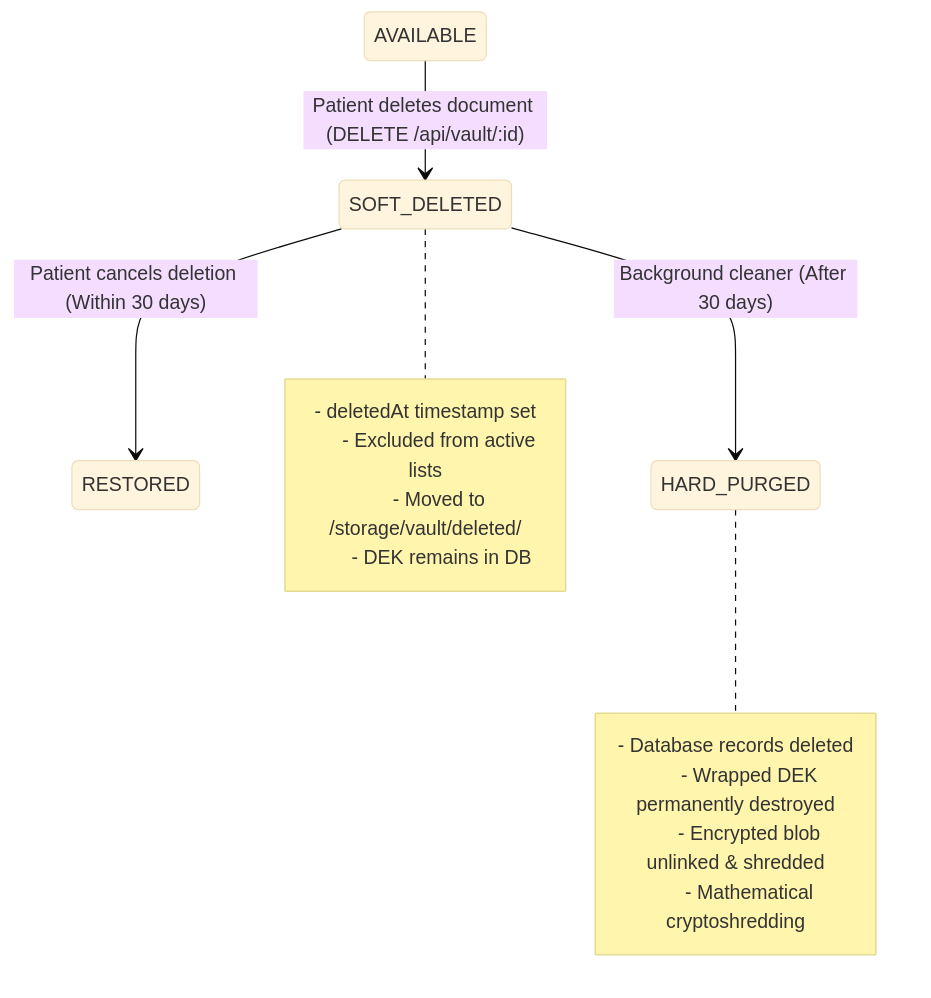
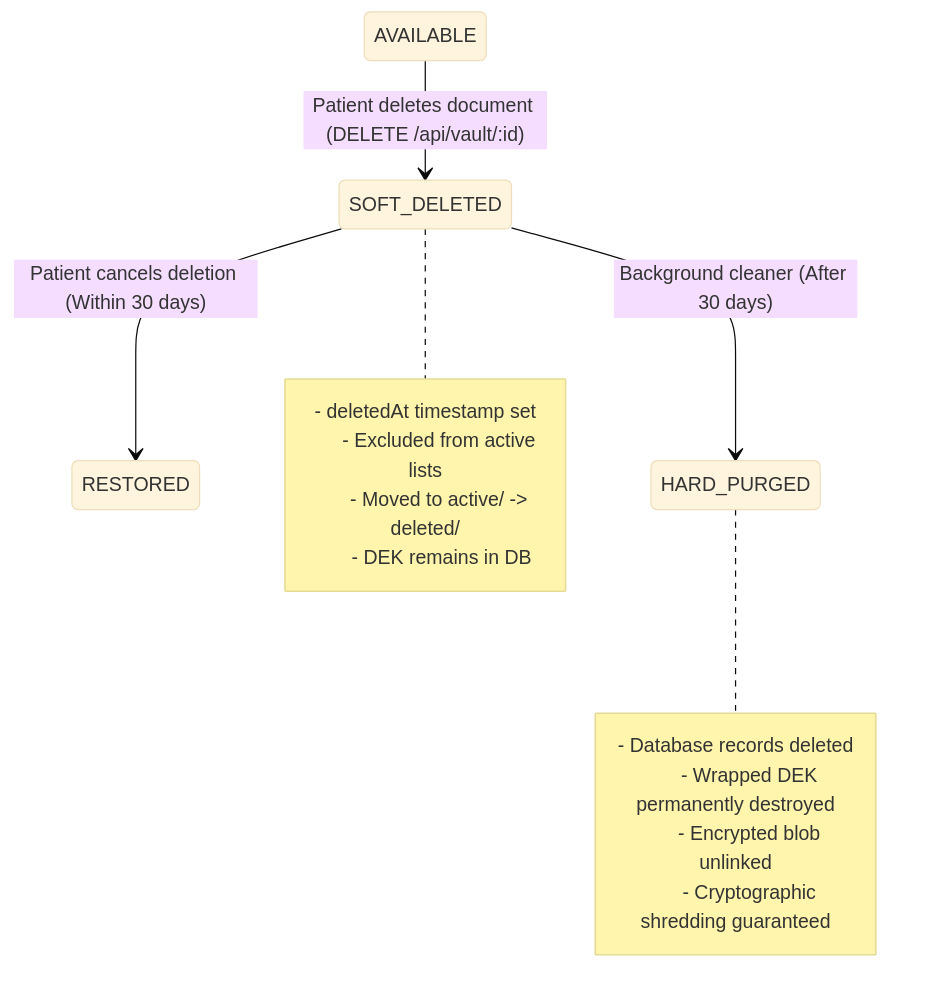
One commit to Nawarajkarki30/MediVaultAI changed the second of 2 diagrams in docs/DOCUMENT_BACKUP_RECOVERY.md. Above: the diagram before and after it, drawn with Mermaid (base theme). The commit also changed other lines of this file and 7 other files, not shown here.

````diff
--- a/docs/DOCUMENT_BACKUP_RECOVERY.md
+++ b/docs/DOCUMENT_BACKUP_RECOVERY.md
@@ -115,20 +182,20 @@
 ```mermaid
 stateDiagram-v2
     AVAILABLE --> SOFT_DELETED: Patient deletes document (DELETE /api/vault/:id)
     SOFT_DELETED --> RESTORED: Patient cancels deletion (Within 30 days)
     SOFT_DELETED --> HARD_PURGED: Background cleaner (After 30 days)
     
     note right of SOFT_DELETED
       - deletedAt timestamp set
       - Excluded from active lists
-      - Moved to /storage/vault/deleted/
+      - Moved to active/ -> deleted/
       - DEK remains in DB
     end note
     
     note right of HARD_PURGED
       - Database records deleted
       - Wrapped DEK permanently destroyed
-      - Encrypted blob unlinked & shredded
-      - Mathematical cryptoshredding
+      - Encrypted blob unlinked
+      - Cryptographic shredding guaranteed
     end note
 ```
````
